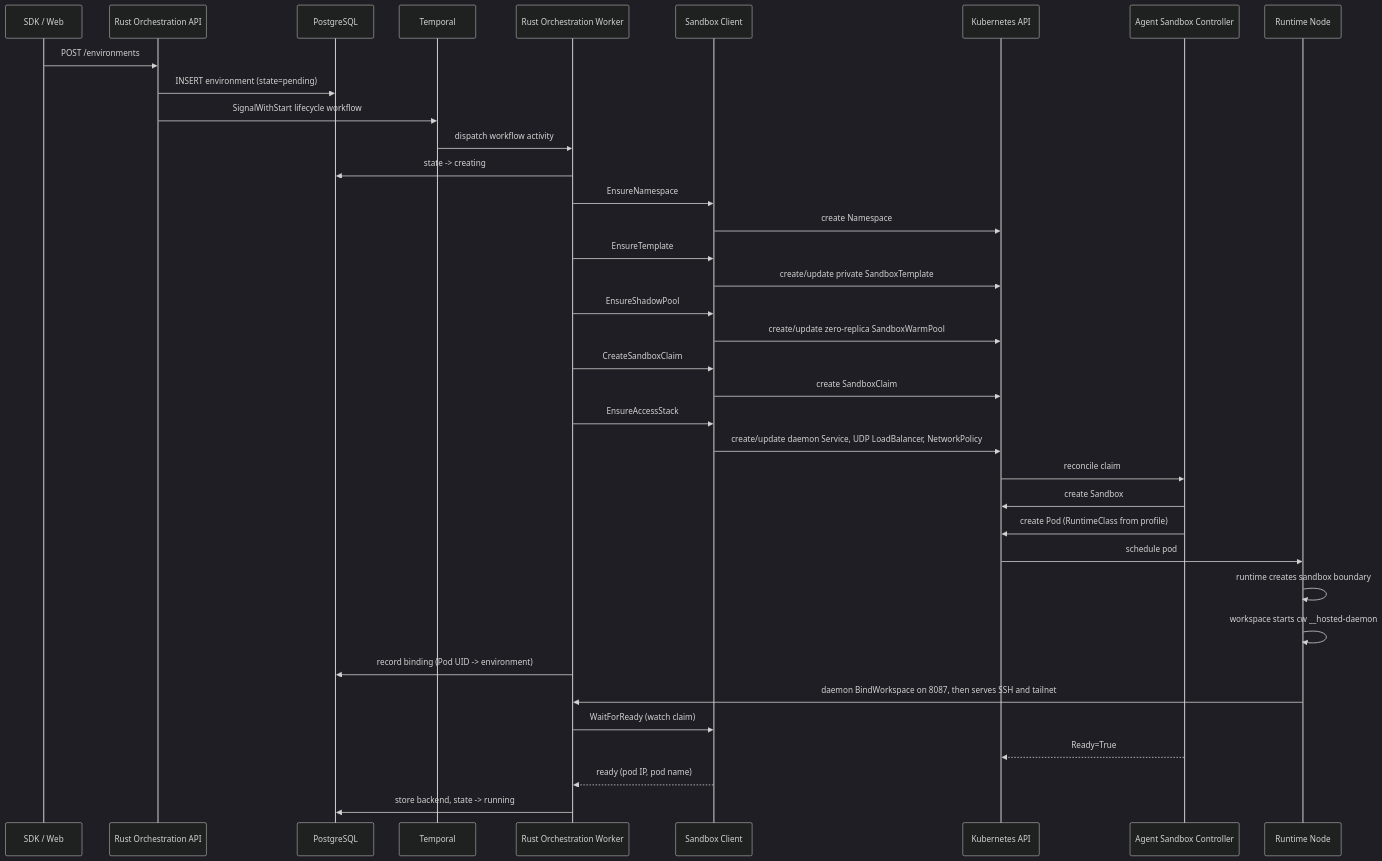
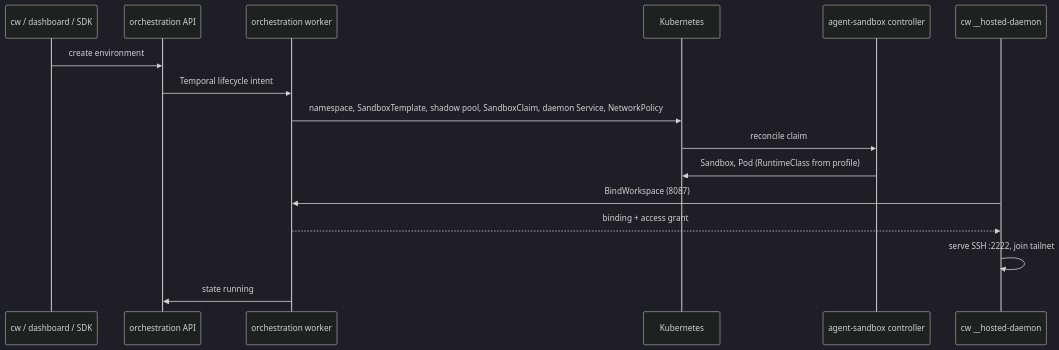
Before and after one commit to codewiresh/codewire: the diagram in docs/ARCHITECTURE.md, drawn with Mermaid (dark theme). The commit also changed other lines of this file and 16 other files, not shown here.

````diff
--- a/docs/ARCHITECTURE.md
+++ b/docs/ARCHITECTURE.md
@@ -530,40 +164,19 @@
 ```mermaid
 sequenceDiagram
-    participant Client as SDK / Web
-    participant API as Rust Orchestration API
-    participant DB as PostgreSQL
-    participant Temporal as Temporal
-    participant Worker as Rust Orchestration Worker
-    participant SC as Sandbox Client
-    participant K8s as Kubernetes API
-    participant Ctrl as Agent Sandbox Controller
-    participant Node as Runtime Node
+    participant Client as cw / dashboard / SDK
+    participant API as orchestration API
+    participant Worker as orchestration worker
+    participant K8s as Kubernetes
+    participant Ctrl as agent-sandbox controller
+    participant Daemon as cw __hosted-daemon
 
-    Client->>API: POST /environments
-    API->>DB: INSERT environment (state=pending)
-    API->>Temporal: SignalWithStart lifecycle workflow
-    Temporal->>Worker: dispatch workflow activity
-    Worker->>DB: state -> creating
-    Worker->>SC: EnsureNamespace
-    SC->>K8s: create Namespace
-    Worker->>SC: EnsureTemplate
-    SC->>K8s: create/update private SandboxTemplate
-    Worker->>SC: EnsureShadowPool
-    SC->>K8s: create/update zero-replica SandboxWarmPool
-    Worker->>SC: CreateSandboxClaim
-    SC->>K8s: create SandboxClaim
-    Worker->>SC: EnsureAccessStack
-    SC->>K8s: create/update daemon Service, UDP LoadBalancer, NetworkPolicy
+    Client->>API: create environment
+    API->>Worker: Temporal lifecycle intent
+    Worker->>K8s: namespace, SandboxTemplate, shadow pool, SandboxClaim, daemon Service, NetworkPolicy
     K8s->>Ctrl: reconcile claim
-    Ctrl->>K8s: create Sandbox
-    Ctrl->>K8s: create Pod (RuntimeClass from profile)
-    K8s->>Node: schedule pod
-    Node->>Node: runtime creates sandbox boundary
-    Node->>Node: workspace starts cw __hosted-daemon
-    Worker->>DB: record binding (Pod UID -> environment)
-    Node->>Worker: daemon BindWorkspace on 8087, then serves SSH and tailnet
-    Worker->>SC: WaitForReady (watch claim)
-    Ctrl-->>K8s: Ready=True
-    SC-->>Worker: ready (pod IP, pod name)
-    Worker->>DB: store backend, state -> running
+    Ctrl->>K8s: Sandbox, Pod (RuntimeClass from profile)
+    Daemon->>Worker: BindWorkspace (8087)
+    Worker-->>Daemon: binding + access grant
+    Daemon->>Daemon: serve SSH :2222, join tailnet
+    Worker->>API: state running
 ```
````
